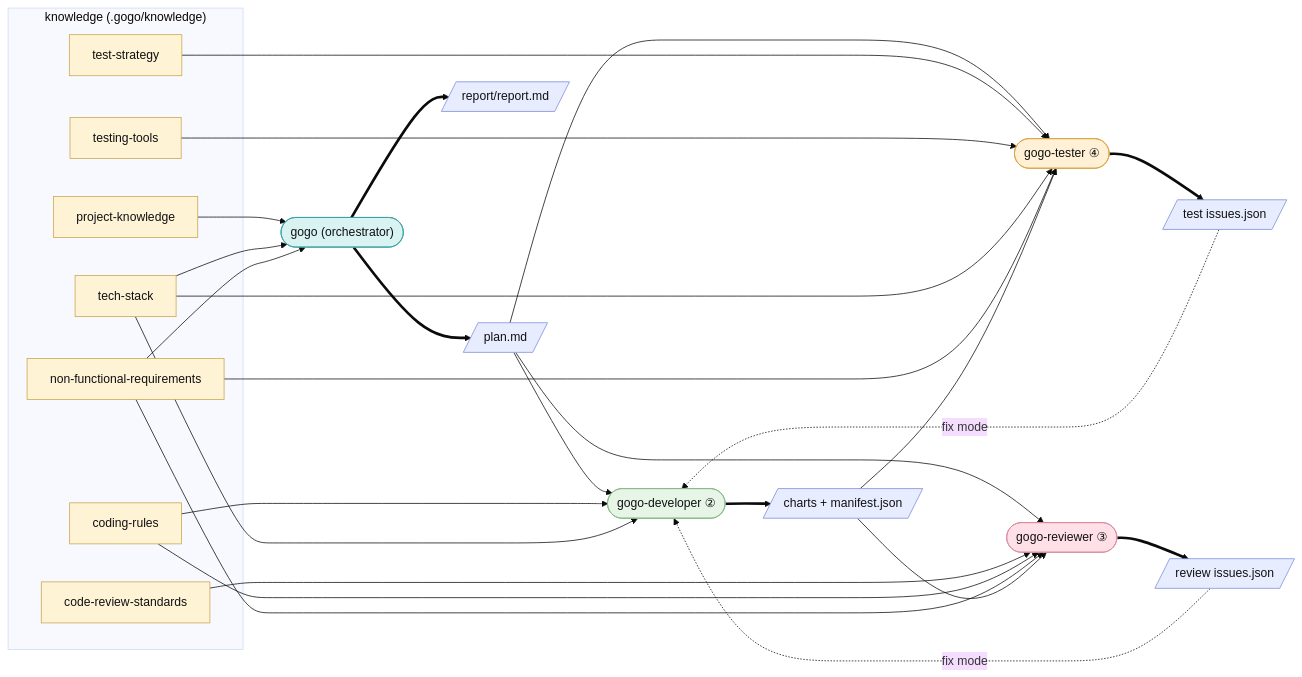
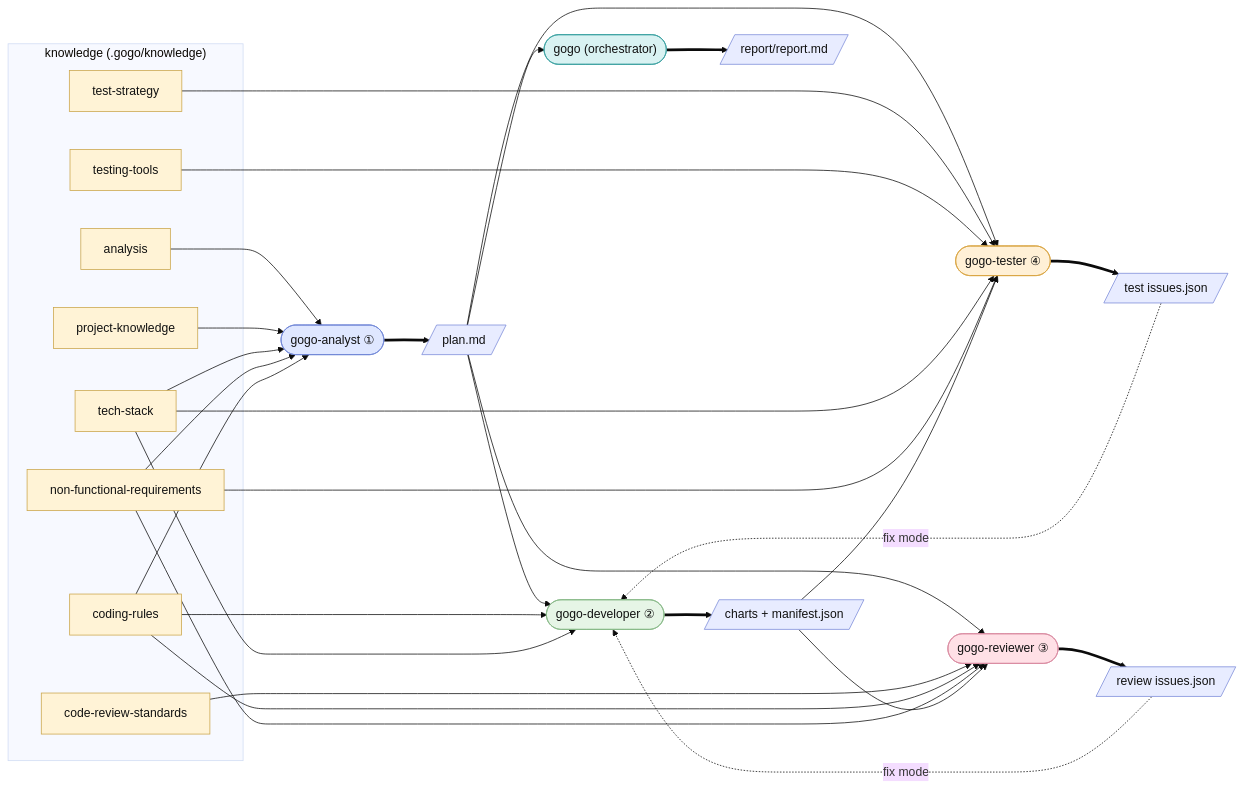
One commit to ZawadzkiB/gogo changed the diagram in docs/agents.md. Above: the diagram before and after it, drawn with Mermaid (base theme). The commit also changed other lines of this file and 93 other files, not shown here.

First line of the commit message:
feat: gogo-analyst + analysis.md · UAT gate · ## Custom sections · CLI ops (trash, log peek, auto-mode launches) — 0.11.0

````diff
--- a/docs/agents.md
+++ b/docs/agents.md
@@ -18,58 +18,64 @@
 ```mermaid
 flowchart LR
     subgraph KN["knowledge (.gogo/knowledge)"]
+      AN[analysis]:::kn
       PK[project-knowledge]:::kn
       TS[tech-stack]:::kn
       NFR[non-functional-requirements]:::kn
       CR[coding-rules]:::kn
       CRS[code-review-standards]:::kn
       TT[testing-tools]:::kn
       TST[test-strategy]:::kn
     end
 
     ORCH(["gogo (orchestrator)"]):::orch
+    ANALYST(["gogo-analyst ①"]):::analyst
     DEV(["gogo-developer ②"]):::dev
     REV(["gogo-reviewer ③"]):::rev
     TEST(["gogo-tester ④"]):::test
 
     PLAN[/plan.md/]:::art
     CHARTS[/charts + manifest.json/]:::art
     RISS[/review issues.json/]:::art
     TISS[/test issues.json/]:::art
     REPORT[/"report/report.md"/]:::art
 
-    PK --> ORCH
-    TS --> ORCH
-    NFR --> ORCH
-    ORCH ==> PLAN
+    AN --> ANALYST
+    PK --> ANALYST
+    TS --> ANALYST
+    NFR --> ANALYST
+    CR --> ANALYST
+    ANALYST ==> PLAN
+    PLAN --> ORCH
     ORCH ==> REPORT
 
     PLAN --> DEV
     CR --> DEV
     TS --> DEV
     RISS -.->|fix mode| DEV
     TISS -.->|fix mode| DEV
     DEV ==> CHARTS
 
     PLAN --> REV
     CRS --> REV
     CR --> REV
     NFR --> REV
     CHARTS --> REV
     REV ==> RISS
 
     PLAN --> TEST
     TST --> TEST
     TT --> TEST
     TS --> TEST
     NFR --> TEST
     CHARTS --> TEST
     TEST ==> TISS
 
     classDef kn fill:#fff3d6,stroke:#caa54a,color:#111
     classDef orch fill:#d9f2f2,stroke:#3aa0a0,color:#111
+    classDef analyst fill:#dfe7ff,stroke:#6f86d6,color:#111
     classDef dev fill:#e6f5e6,stroke:#86b886,color:#111
     classDef rev fill:#ffe0e6,stroke:#d98aa0,color:#111
     classDef test fill:#fff0d6,stroke:#d9a441,color:#111
     classDef art fill:#e8ecff,stroke:#7c8bd9,color:#111
 ```
````
